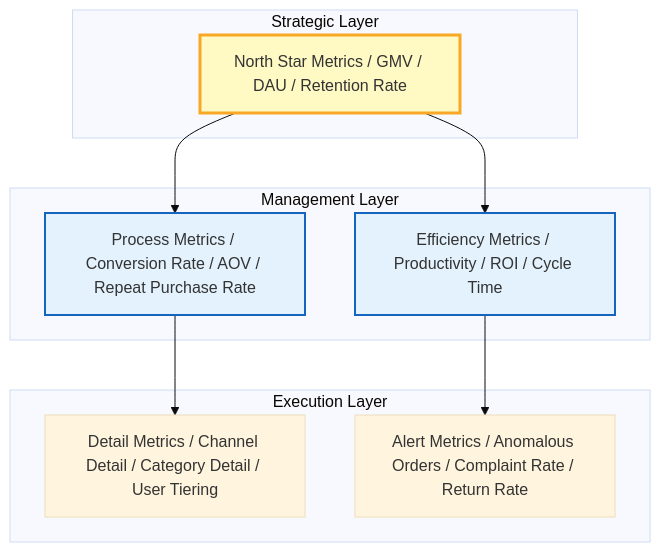
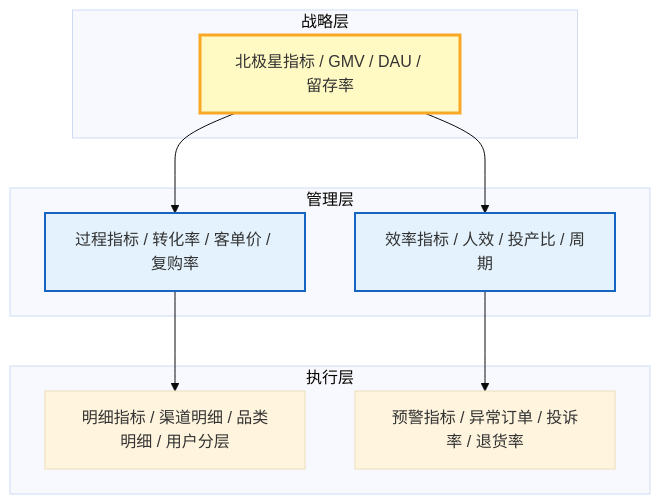
One commit to Kirky-X/cangjie changed the second of 9 diagrams in templates/Product/Operations/Template-Dashboard.md. Above: the diagram before and after it, drawn with Mermaid (base theme). The commit also changed other lines of this file and 33 other files, not shown here.

````diff
--- a/templates/Product/Operations/Template-Dashboard.md
+++ b/templates/Product/Operations/Template-Dashboard.md
@@ -96,27 +96,27 @@
 ```mermaid
 
 
 flowchart TD
-    subgraph "Strategic Layer"
-        S1["North Star Metrics / GMV / DAU / Retention Rate"]
+    subgraph "战略层"
+        S1["北极星指标 / GMV / DAU / 留存率"]
     end
 
-    subgraph "Management Layer"
-        M1["Process Metrics / Conversion Rate / AOV / Repeat Purchase Rate"]
-        M2["Efficiency Metrics / Productivity / ROI / Cycle Time"]
+    subgraph "管理层"
+        M1["过程指标 / 转化率 / 客单价 / 复购率"]
+        M2["效率指标 / 人效 / 投产比 / 周期"]
     end
 
-    subgraph "Execution Layer"
-        E1["Detail Metrics / Channel Detail / Category Detail / User Tiering"]
-        E2["Alert Metrics / Anomalous Orders / Complaint Rate / Return Rate"]
+    subgraph "执行层"
+        E1["明细指标 / 渠道明细 / 品类明细 / 用户分层"]
+        E2["预警指标 / 异常订单 / 投诉率 / 退货率"]
     end
 
     S1 --> M1
     S1 --> M2
     M1 --> E1
     M2 --> E2
 
     style S1 fill:#fff9c4,stroke:#f9a825,stroke-width:3px
     style M1 fill:#e3f2fd,stroke:#1565c0,stroke-width:2px
     style M2 fill:#e3f2fd,stroke:#1565c0,stroke-width:2px
 ```
````
